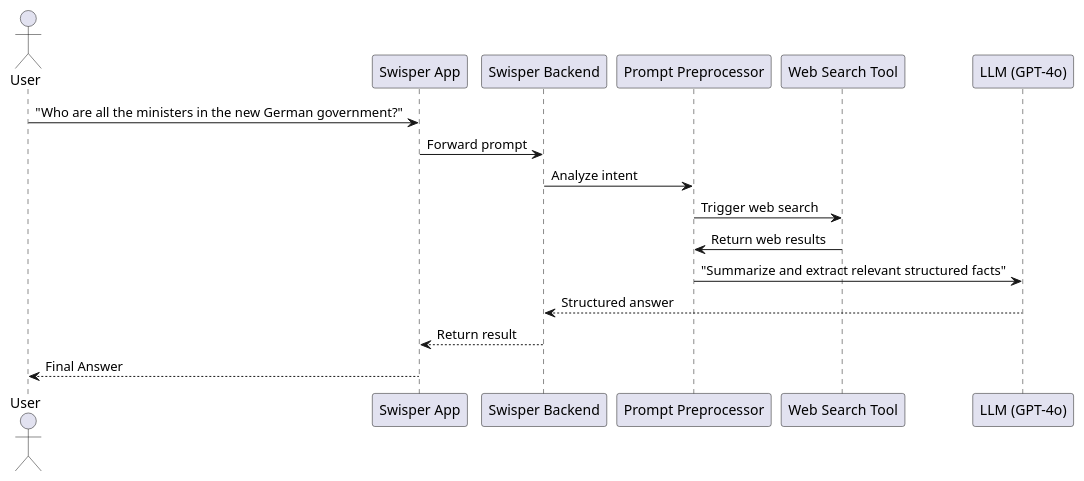
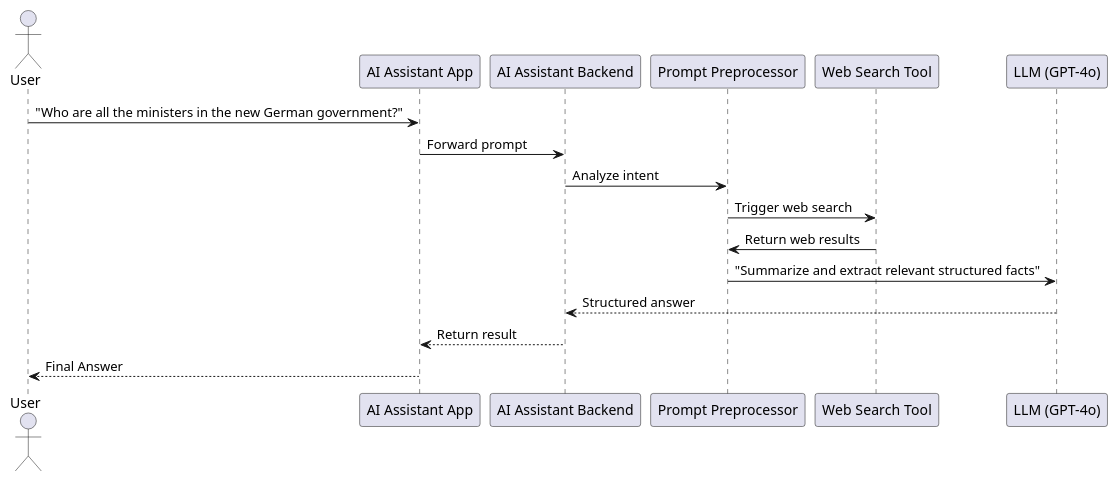
The diagram in Architecture/use_case_1_knowledge_search.puml (Sundi1972/Swisper_Core), drawn with PlantUML before and after one commit. The commit also changed 23 other files, not shown here.

```diff
--- a/Architecture/use_case_1_knowledge_search.puml
+++ b/Architecture/use_case_1_knowledge_search.puml
@@ -1,20 +1,20 @@
 @startuml 
 
 ' Use Case 1: Web Search for Factual Knowledge
 actor User
-participant "Swisper App" as App
-participant "Swisper Backend" as Backend
+participant "AI Assistant App" as App
+participant "AI Assistant Backend" as Backend
 participant "Prompt Preprocessor" as Pre
 participant "Web Search Tool" as Search
 participant "LLM (GPT-4o)" as LLM
 
 User -> App : "Who are all the ministers in the new German government?"
 App -> Backend : Forward prompt
 Backend -> Pre : Analyze intent
 Pre -> Search : Trigger web search
 Search -> Pre : Return web results
 Pre -> LLM : "Summarize and extract relevant structured facts"
 LLM --> Backend : Structured answer
 Backend --> App : Return result
 App --> User : Final Answer
 @enduml
```
